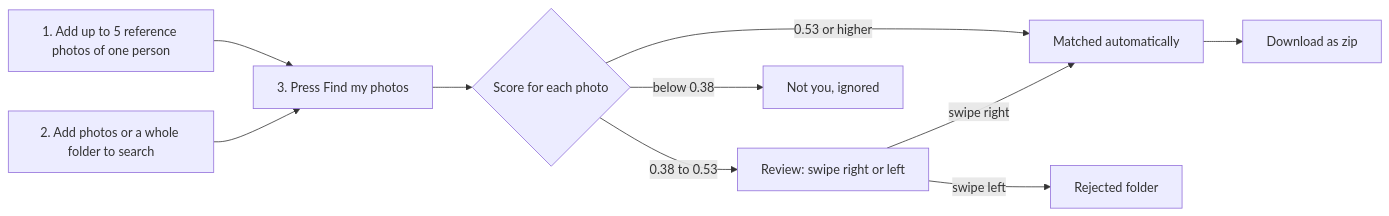
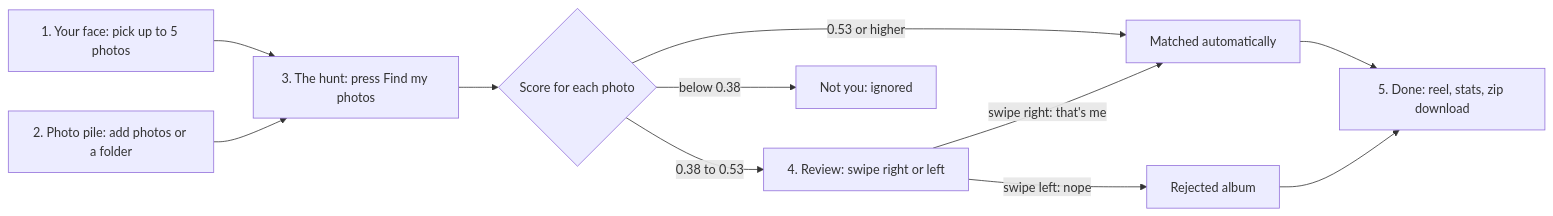
Before and after one commit to Ankita562/facegotcha: the first of 4 diagrams in README.md, drawn with Mermaid. The commit also changed other lines of this file, not shown here.

````diff
--- a/README.md
+++ b/README.md
@@ -22,12 +52,13 @@
 ```mermaid
 flowchart LR
-    A["1. Add up to 5 reference photos of one person"] --> C
-    B["2. Add photos or a whole folder to search"] --> C
-    C["3. Press Find my photos"] --> D{"Score for each photo"}
+    A["1. Your face: pick up to 5 photos"] --> C
+    B["2. Photo pile: add photos or a folder"] --> C
+    C["3. The hunt: press Find my photos"] --> D{"Score for each photo"}
     D -->|"0.53 or higher"| E["Matched automatically"]
-    D -->|"0.38 to 0.53"| F["Review: swipe right or left"]
-    D -->|"below 0.38"| G["Not you, ignored"]
-    F -->|"swipe right"| E
-    F -->|"swipe left"| H["Rejected folder"]
-    E --> I["Download as zip"]
+    D -->|"0.38 to 0.53"| F["4. Review: swipe right or left"]
+    D -->|"below 0.38"| G["Not you: ignored"]
+    F -->|"swipe right: that's me"| E
+    F -->|"swipe left: nope"| H["Rejected album"]
+    E --> I["5. Done: reel, stats, zip download"]
+    H --> I
 ```
````
